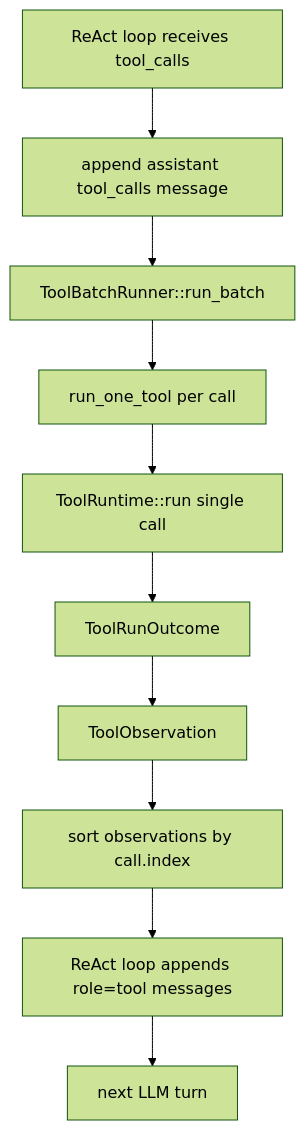
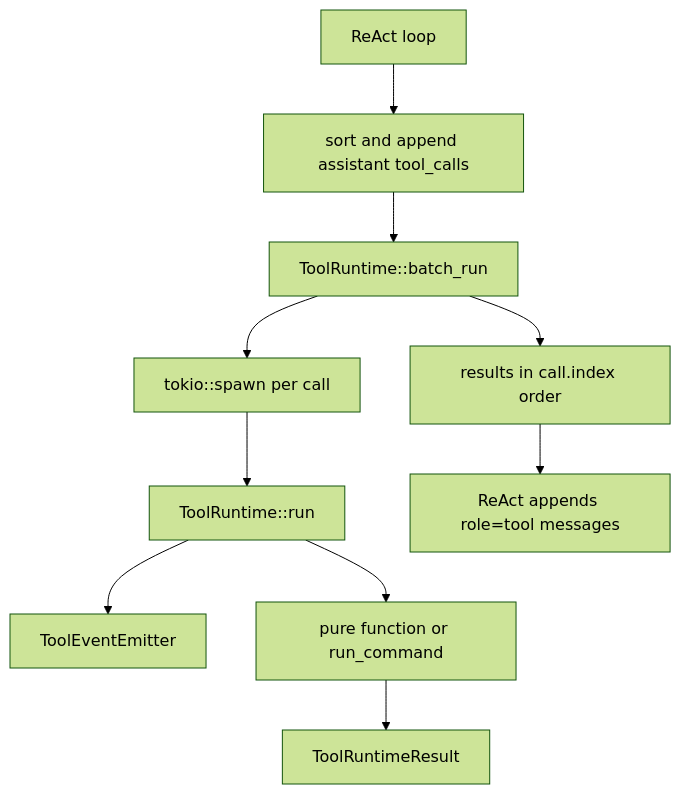
One commit to hedon954/daedalus changed the diagram in workspaces/02-learning/openai-codex-cli-deep-learning/topics/tools-permissions/guides/08-demo-coder/12-slice-9-tool-batch-runner-refactor.md. Above: the diagram before and after it, drawn with Mermaid (forest theme). The commit also changed other lines of this file and 23 other files, not shown here.

````diff
--- a/workspaces/02-learning/openai-codex-cli-deep-learning/topics/tools-permissions/guides/08-demo-coder/12-slice-9-tool-batch-runner-refactor.md
+++ b/workspaces/02-learning/openai-codex-cli-deep-learning/topics/tools-permissions/guides/08-demo-coder/12-slice-9-tool-batch-runner-refactor.md
@@ -163,12 +44,12 @@
 ```mermaid
 flowchart TD
-    A["ReAct loop receives tool_calls"] --> B["append assistant tool_calls message"]
-    B --> C["ToolBatchRunner::run_batch"]
-    C --> D["run_one_tool per call"]
-    D --> E["ToolRuntime::run single call"]
-    E --> F["ToolRunOutcome"]
-    F --> G["ToolObservation"]
-    G --> H["sort observations by call.index"]
-    H --> I["ReAct loop appends role=tool messages"]
-    I --> J["next LLM turn"]
+    A["ReAct loop"] --> B["sort and append assistant tool_calls"]
+    B --> C["ToolRuntime::batch_run"]
+    C --> D["tokio::spawn per call"]
+    D --> E["ToolRuntime::run"]
+    E --> F["ToolEventEmitter"]
+    E --> G["pure function or run_command"]
+    G --> H["ToolRuntimeResult"]
+    C --> I["results in call.index order"]
+    I --> J["ReAct appends role=tool messages"]
 ```
````
